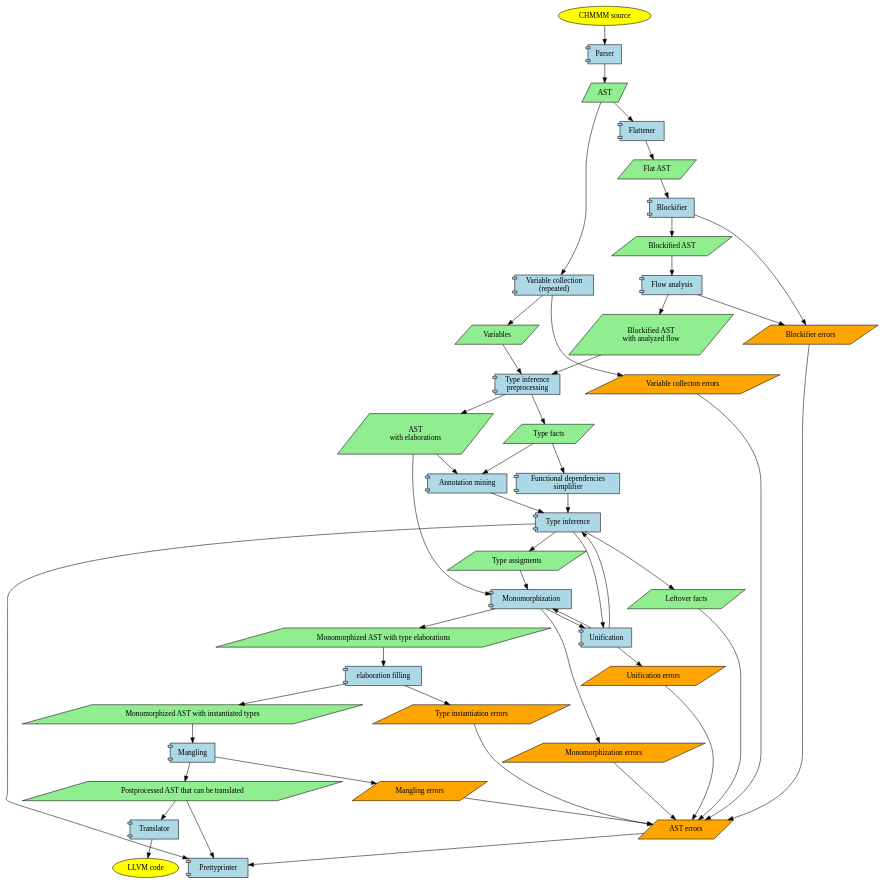
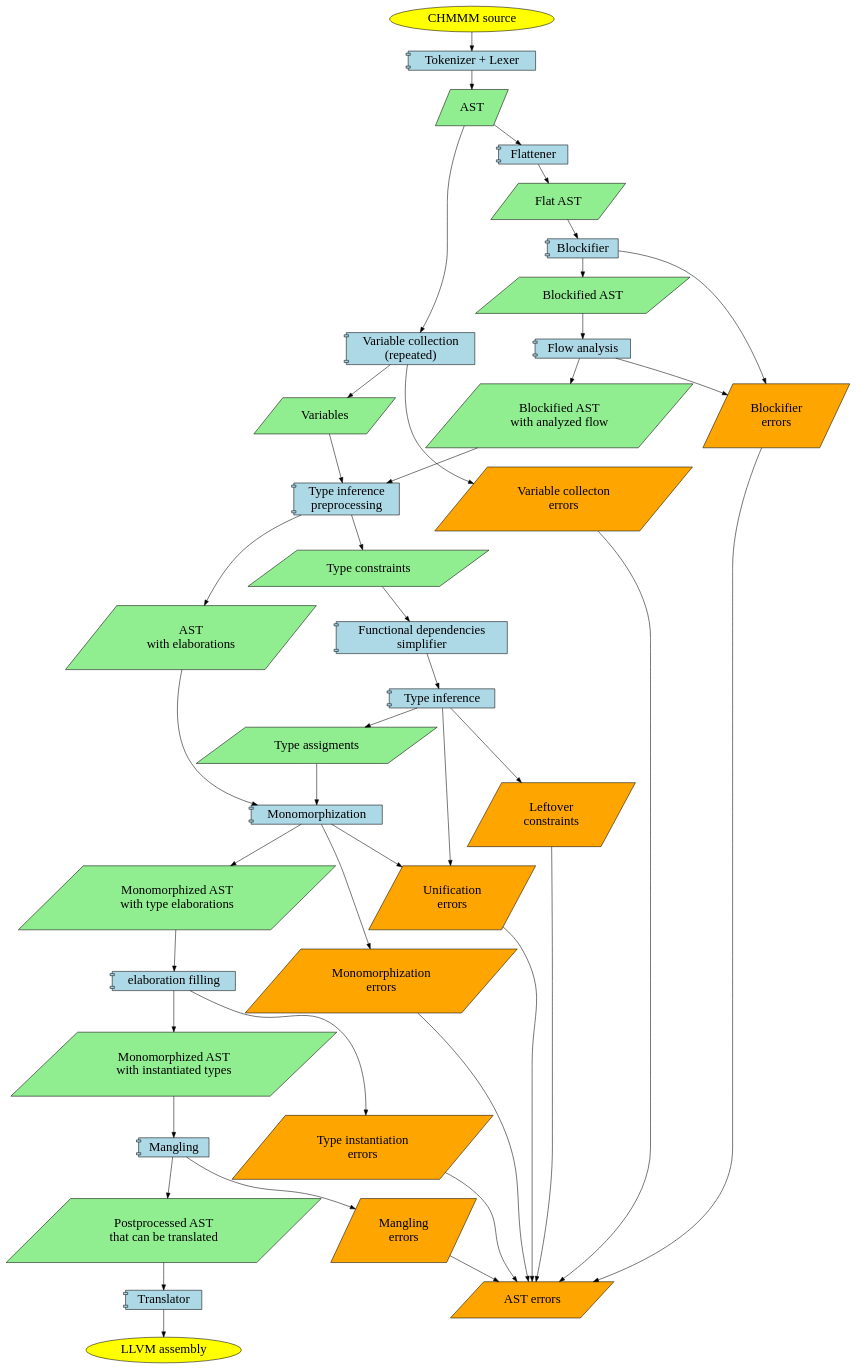
Before and after one commit to jiriklepl/masters-thesis-text: the diagram in dots/arch.dot, drawn with Graphviz. The commit also changed 2 other files, not shown here.

```diff
--- a/dots/arch.dot
+++ b/dots/arch.dot
@@ -1,99 +1,84 @@
 digraph {
-    node [style="filled"]
+    node [style="filled", fontsize="24pt"]
 
     subgraph terminals {
         node [shape="ellipse", fillcolor="yellow"]
 
         Source [label="CHMMM source"]
-        LLVM [label="LLVM code"]
+        LLVM [label="LLVM assembly"]
     }
 
     subgraph data {
         node [shape="parallelogram"]
 
         subgraph orangeData {
             node [fillcolor="orange"]
 
             ASTErrors [label="AST errors"]
-            FillingErrors [label="Type instantiation errors"]
-            ManglingErrors [label="Mangling errors"]
-            UnifyErrors [label="Unification errors"]
-            BlockifierErrors [label="Blockifier errors"]
-            MonomorphizeErrors [label="Monomorphization errors"]
-            VariablesErrors [label="Variable collecton errors"]
+            FillingErrors [label="Type instantiation\nerrors"]
+            ManglingErrors [label="Mangling\nerrors"]
+            UnifyErrors [label="Unification\nerrors"]
+            BlockifierErrors [label="Blockifier\nerrors"]
+            MonomorphizeErrors [label="Monomorphization\nerrors"]
+            VariablesErrors [label="Variable collecton\nerrors"]
+            LeftFacts [label="Leftover\nconstraints"]
         }
         subgraph greenData {
             node [fillcolor="lightgreen"]
 
             AST
-            Facts [label="Type facts"]
-            LeftFacts [label="Leftover facts"]
+            Facts [label="Type constraints"]
             Variables [label="Variables"]
             ASTTypeElabs [label="AST\nwith elaborations"]
             Judgments [label="Type assigments"]
             FlatAST [label="Flat AST"]
             BlockifiedAST [label="Blockified AST"]
             BlockifiedASTAnnots [label="Blockified AST\nwith analyzed flow"]
-            MonoAST [label="Monomorphized AST with type elaborations"]
-            FilledMonoAST [label="Monomorphized AST with instantiated types"]
-            PostAST [label="Postprocessed AST that can be translated"]
+            MonoAST [label="Monomorphized AST\nwith type elaborations"]
+            FilledMonoAST [label="Monomorphized AST\nwith instantiated types"]
+            PostAST [label="Postprocessed AST\nthat can be translated"]
         }
 
     }
 
     subgraph components {
         node [shape="component"]
 
         subgraph greenComponents {
             node [fillcolor="lightblue"]
 
             FunDepSimpl [label="Functional dependencies\nsimplifier"]
-            AnnotMining  [label="Annotation mining"]
-            Parser
+            Parser [label="Tokenizer + Lexer"]
             Flattener
-            Unification
-            Prettyprinter
             Preprocess [label="Type inference\npreprocessing"]
             VariableMining [label="Variable collection\n(repeated)"]
             Blockifier
             FlowAnalysis [label="Flow analysis"]
             Inference [label="Type inference"]
             Monomorphization
             ElabFilling [label="elaboration filling"]
             Mangling
             Translator
         }
-
-        subgraph yellowComponents {
-            node [fillcolor="yellow"]
-
-        }
-
-    }
-
-    subgraph decisions {
-        node [shape="diamond"]
     }
 
 
     Source -> Parser -> AST
     AST -> Flattener -> FlatAST
     VariableMining -> VariablesErrors
     AST -> VariableMining -> Variables -> Preprocess
-    Facts -> { FunDepSimpl AnnotMining }
-    ASTTypeElabs -> AnnotMining
+    Facts -> FunDepSimpl
     ASTTypeElabs -> Monomorphization
-    { FunDepSimpl AnnotMining } -> Inference -> Judgments -> Monomorphization -> MonoAST -> ElabFilling -> FilledMonoAST -> Mangling -> PostAST -> Prettyprinter
+    FunDepSimpl -> Inference -> Judgments -> Monomorphization -> MonoAST -> ElabFilling -> FilledMonoAST -> Mangling -> PostAST
     ElabFilling -> FillingErrors
     Mangling -> ManglingErrors
-    { Inference Monomorphization } -> Unification
+    { Inference Monomorphization } -> UnifyErrors
     FlatAST -> Blockifier -> {BlockifiedAST BlockifierErrors }
     BlockifiedAST -> FlowAnalysis -> BlockifiedASTAnnots
     FlowAnalysis -> BlockifierErrors
-    Unification -> { UnifyErrors Monomorphization Inference }
     BlockifiedASTAnnots -> Preprocess -> { Facts ASTTypeElabs }
     Monomorphization -> MonomorphizeErrors
-    { FillingErrors ManglingErrors UnifyErrors BlockifierErrors MonomorphizeErrors VariablesErrors LeftFacts } -> ASTErrors -> Prettyprinter
-    Inference -> { Prettyprinter LeftFacts }
+    { FillingErrors ManglingErrors UnifyErrors BlockifierErrors MonomorphizeErrors VariablesErrors LeftFacts } -> ASTErrors
+    Inference -> LeftFacts
     PostAST -> Translator -> LLVM
 }
```
